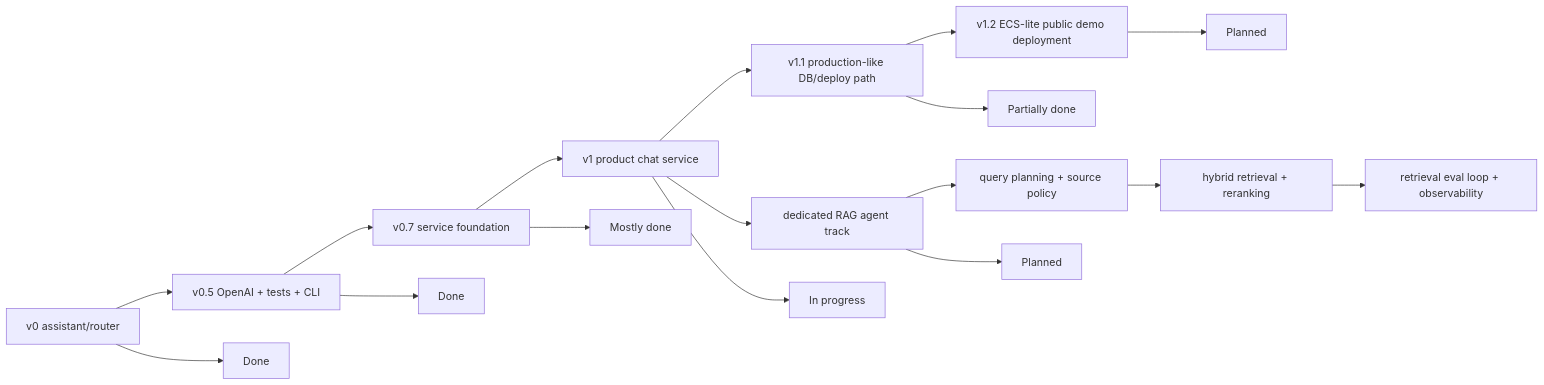
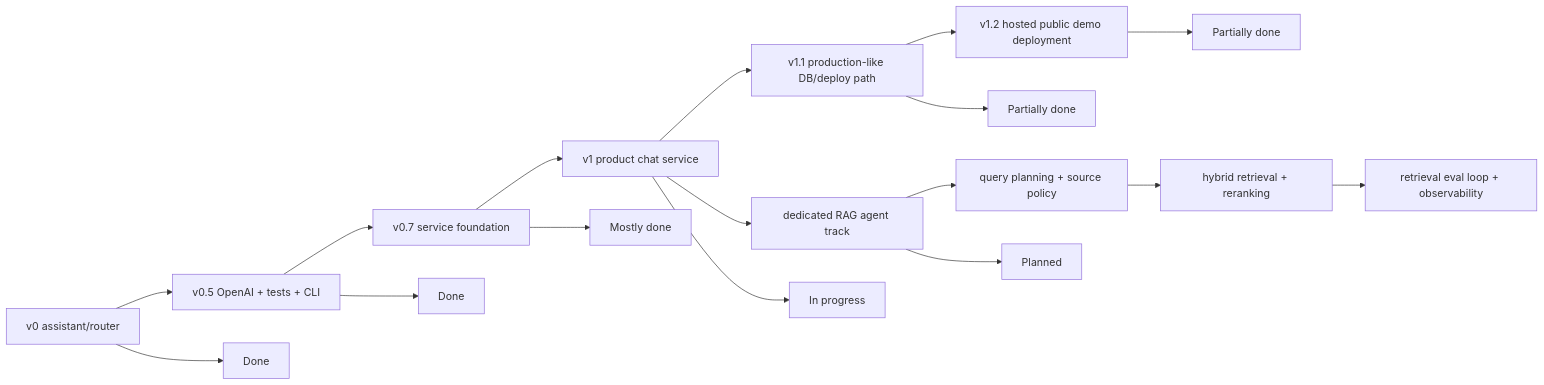
Before and after one commit to heecheon92/my-agents: the diagram in ROADMAP.md, drawn with Mermaid. The commit also changed other lines of this file and 1 other file, not shown here.

First line of the commit message:
Reflect hosted demo deployment baseline

````diff
--- a/ROADMAP.md
+++ b/ROADMAP.md
@@ -16,20 +16,20 @@
 ```mermaid
 flowchart LR
     V0["v0 assistant/router"] --> V05["v0.5 OpenAI + tests + CLI"]
     V05 --> V07["v0.7 service foundation"]
     V07 --> V1["v1 product chat service"]
     V1 --> V11["v1.1 production-like DB/deploy path"]
-    V11 --> V12["v1.2 ECS-lite public demo deployment"]
+    V11 --> V12["v1.2 hosted public demo deployment"]
     V1 --> R1["dedicated RAG agent track"]
     R1 --> R1A["query planning + source policy"]
     R1A --> R1B["hybrid retrieval + reranking"]
     R1B --> R1C["retrieval eval loop + observability"]
 
     V0 --> V0Done["Done"]
     V05 --> V05Done["Done"]
     V07 --> V07Done["Mostly done"]
     V1 --> V1Wip["In progress"]
     V11 --> V11Wip["Partially done"]
-    V12 --> V12Todo["Planned"]
+    V12 --> V12Wip["Partially done"]
     R1 --> R1Todo["Planned"]
 ```
````
